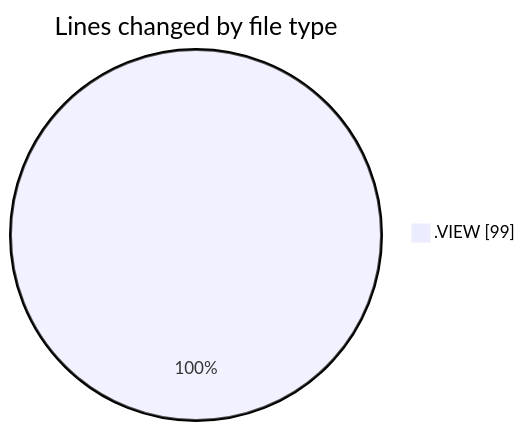
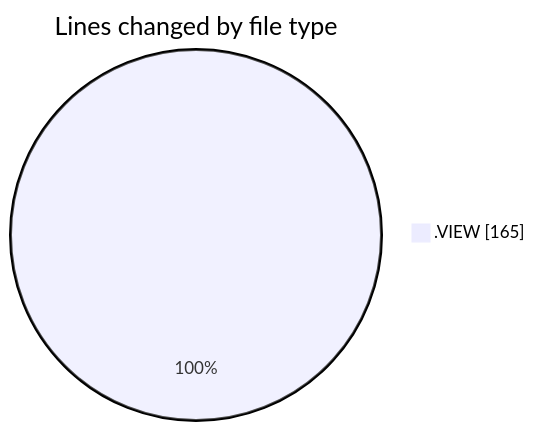
The first of 2 diagrams in 2026-03-13/objetosbd/README.md (ricardozamudiocil/code-tracking), drawn with Mermaid before and after one commit. The commit also changed other lines of this file and 1 other file, not shown here.

````diff
--- a/2026-03-13/objetosbd/README.md
+++ b/2026-03-13/objetosbd/README.md
@@ -20,5 +21,5 @@
 ```mermaid
 pie showData
 title Lines changed by file type
-".VIEW" : 99
+".VIEW" : 165
 ```
````
